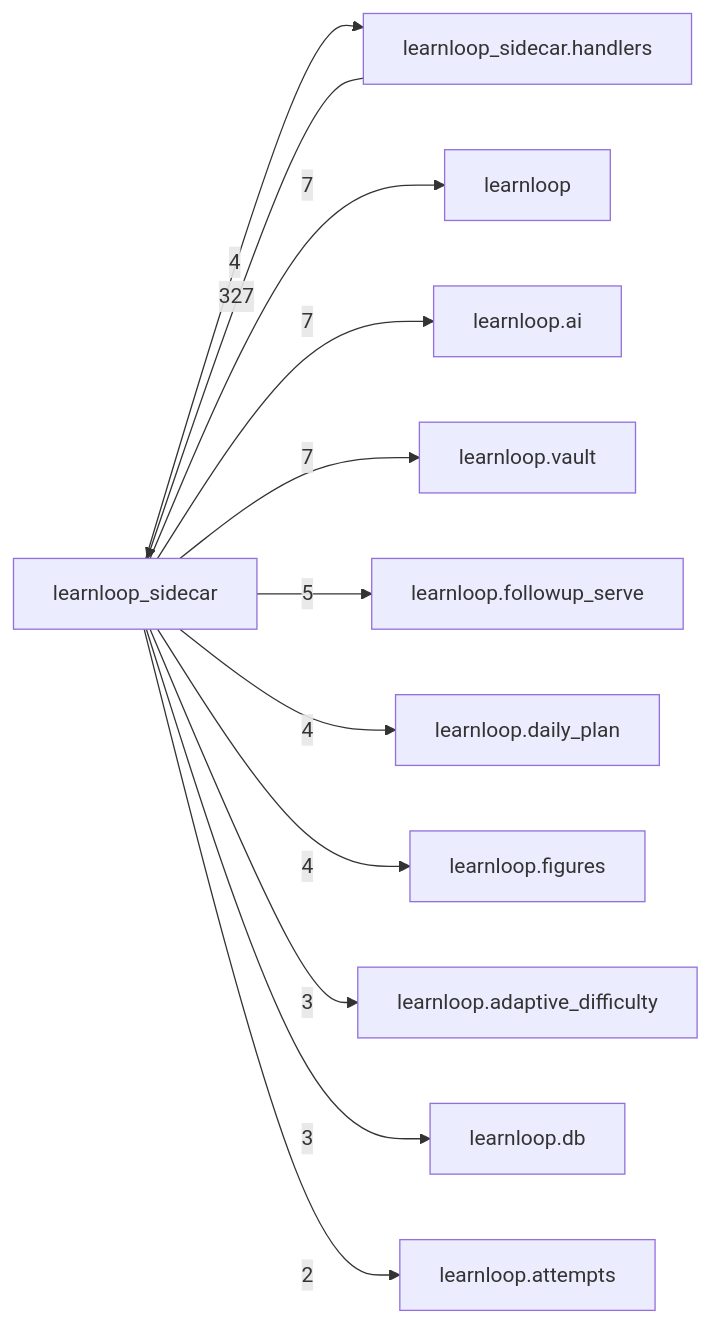
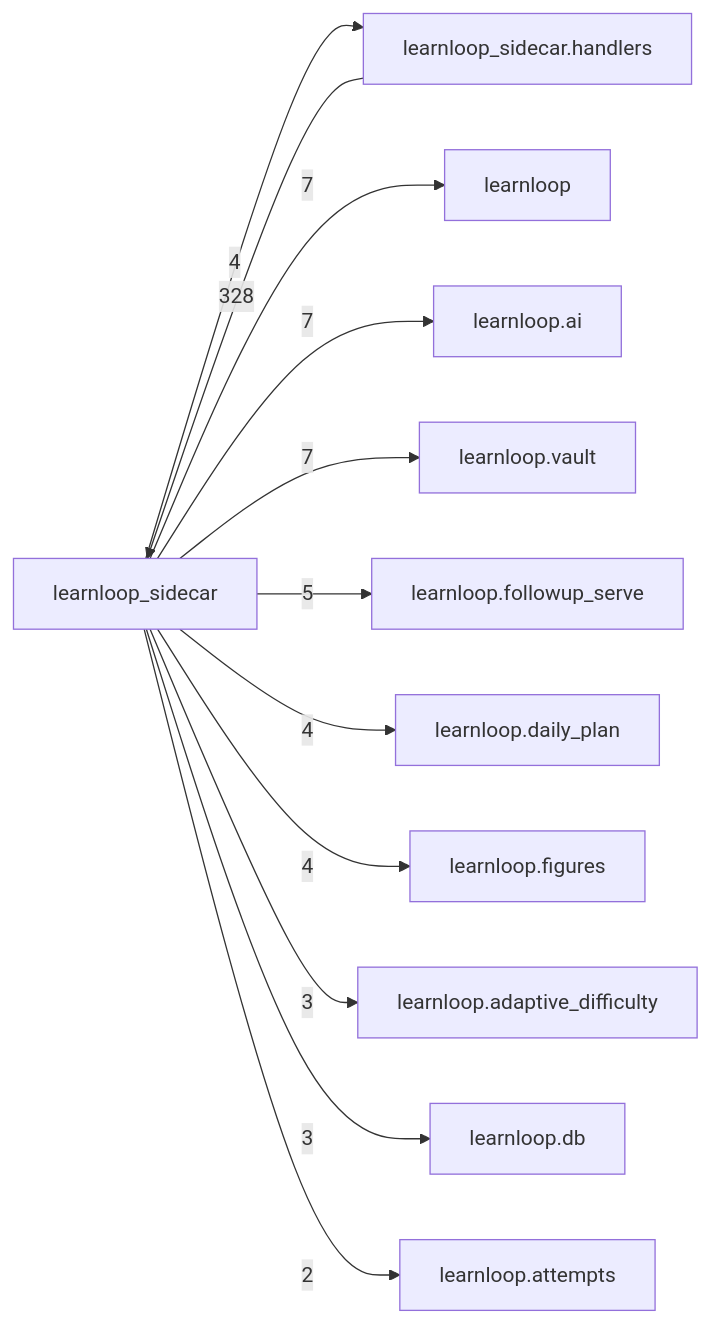
Before and after one commit to 6up-b/learnanything: the diagram in docs/learnloop-architecture-vault/Reference/Modules/learnloop_sidecar/_package.md, drawn with Mermaid. The commit also changed other lines of this file and 559 other files, not shown here.

````diff
--- a/docs/learnloop-architecture-vault/Reference/Modules/learnloop_sidecar/_package.md
+++ b/docs/learnloop-architecture-vault/Reference/Modules/learnloop_sidecar/_package.md
@@ -124,25 +124,25 @@
 ```mermaid
 flowchart LR
     center["learnloop_sidecar"]
     n_learnloop_sidecar_handlers["learnloop_sidecar.handlers"]
     n_learnloop["learnloop"]
     n_learnloop_ai["learnloop.ai"]
     n_learnloop_vault["learnloop.vault"]
     n_learnloop_followup_serve["learnloop.followup_serve"]
     n_learnloop_daily_plan["learnloop.daily_plan"]
     n_learnloop_figures["learnloop.figures"]
     n_learnloop_adaptive_difficulty["learnloop.adaptive_difficulty"]
     n_learnloop_db["learnloop.db"]
     n_learnloop_attempts["learnloop.attempts"]
-    n_learnloop_sidecar_handlers -->|327| center
+    n_learnloop_sidecar_handlers -->|328| center
     center -->|4| n_learnloop_sidecar_handlers
     center -->|7| n_learnloop
     center -->|7| n_learnloop_ai
     center -->|7| n_learnloop_vault
     center -->|5| n_learnloop_followup_serve
     center -->|4| n_learnloop_daily_plan
     center -->|4| n_learnloop_figures
     center -->|3| n_learnloop_adaptive_difficulty
     center -->|3| n_learnloop_db
     center -->|2| n_learnloop_attempts
 ```
````
